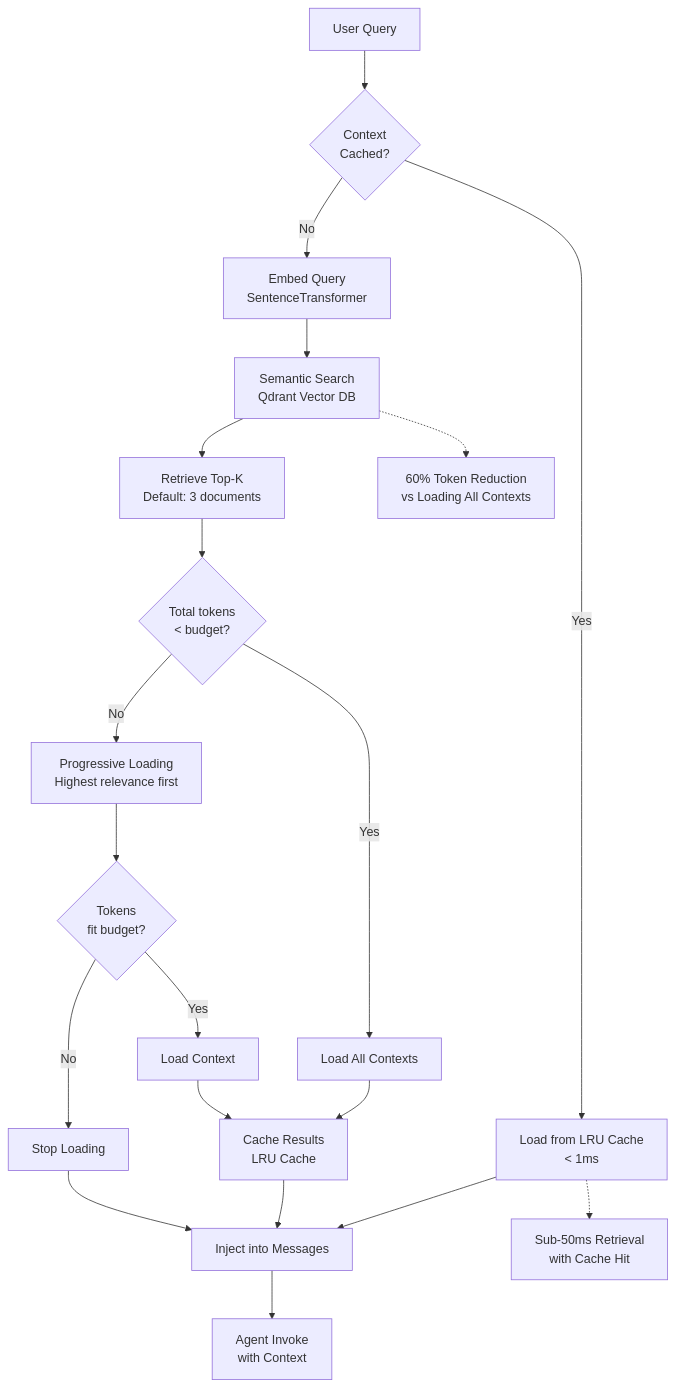
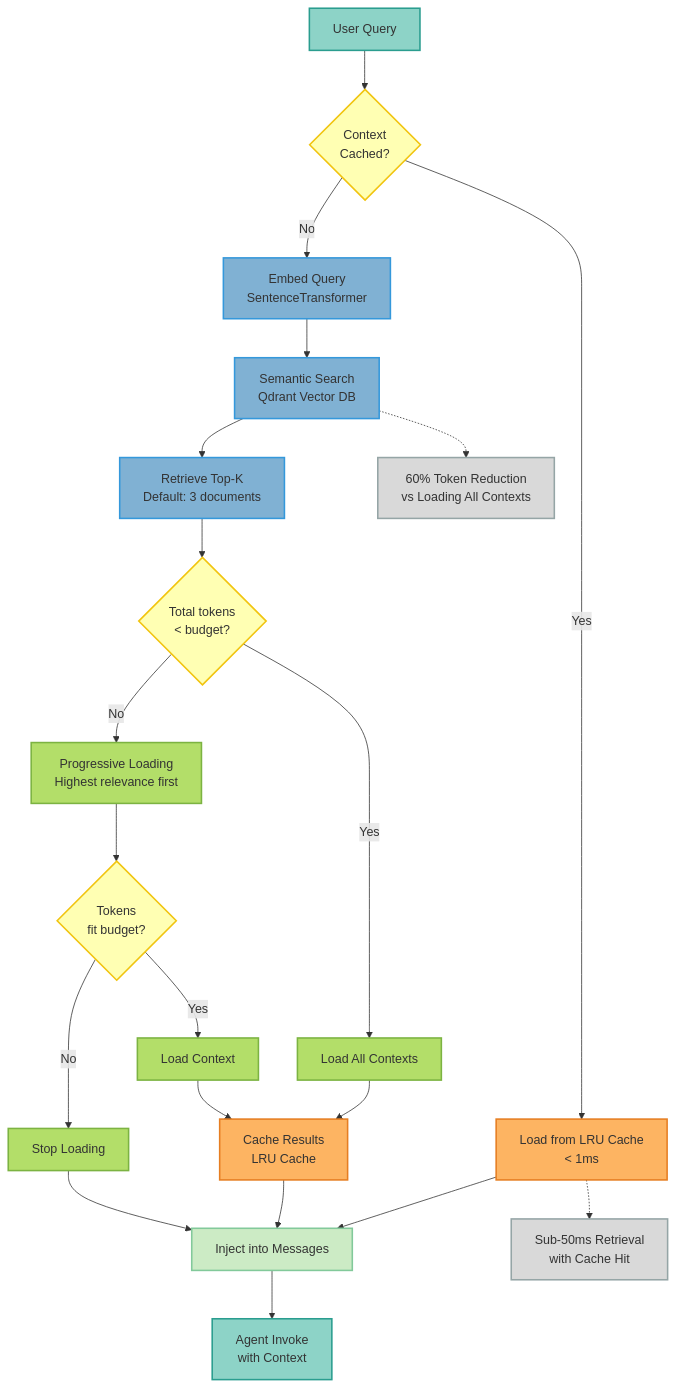
Before and after one commit to vishnu2kmohan/mcp-server-langgraph: the seventh of 10 diagrams in docs/diagrams/system-architecture.mdx, drawn with Mermaid. The commit also changed other lines of this file, not shown here.

First line of the commit message:
docs: add ColorBrewer2 Set3 palette styling to 8 system architecture diagrams

````diff
--- a/docs/diagrams/system-architecture.mdx
+++ b/docs/diagrams/system-architecture.mdx
@@ -389,34 +437,51 @@
 ```mermaid
 flowchart TD
     UserQuery[User Query] --> CheckCache{Context<br/>Cached?}
 
     CheckCache -->|Yes| LoadCache[Load from LRU Cache<br/>< 1ms]
     CheckCache -->|No| Embed[Embed Query<br/>SentenceTransformer]
 
     Embed --> Search[Semantic Search<br/>Qdrant Vector DB]
     Search --> TopK[Retrieve Top-K<br/>Default: 3 documents]
 
     TopK --> TokenCheck{Total tokens<br/>< budget?}
 
     TokenCheck -->|Yes| LoadAll[Load All Contexts]
     TokenCheck -->|No| Progressive[Progressive Loading<br/>Highest relevance first]
 
     Progressive --> TokenFit{Tokens<br/>fit budget?}
     TokenFit -->|Yes| LoadContext[Load Context]
     TokenFit -->|No| StopLoading[Stop Loading]
 
     LoadAll --> CacheResults[Cache Results<br/>LRU Cache]
     LoadContext --> CacheResults
     LoadCache --> InjectMsg[Inject into Messages]
     CacheResults --> InjectMsg
     StopLoading --> InjectMsg
 
     InjectMsg --> AgentInvoke[Agent Invoke<br/>with Context]
 
     %% Annotations
     Note1[60% Token Reduction<br/>vs Loading All Contexts]
     Note2[Sub-50ms Retrieval<br/>with Cache Hit]
 
     Search -.-> Note1
     LoadCache -.-> Note2
+
+    %% ColorBrewer2 Set3 palette - each component type uniquely colored
+    classDef startEndStyle fill:#8dd3c7,stroke:#2a9d8f,stroke-width:2px,color:#333
+    classDef decisionStyle fill:#ffffb3,stroke:#f1c40f,stroke-width:2px,color:#333
+    classDef cacheStyle fill:#fdb462,stroke:#e67e22,stroke-width:2px,color:#333
+    classDef searchStyle fill:#80b1d3,stroke:#3498db,stroke-width:2px,color:#333
+    classDef loadStyle fill:#b3de69,stroke:#7cb342,stroke-width:2px,color:#333
+    classDef contextStyle fill:#ccebc5,stroke:#82c99a,stroke-width:2px,color:#333
+    classDef noteStyle fill:#d9d9d9,stroke:#95a5a6,stroke-width:2px,color:#333
+
+    class UserQuery,AgentInvoke startEndStyle
+    class CheckCache,TokenCheck,TokenFit decisionStyle
+    class LoadCache,CacheResults cacheStyle
+    class Search,TopK,Embed searchStyle
+    class LoadAll,Progressive,LoadContext,StopLoading loadStyle
+    class InjectMsg contextStyle
+    class Note1,Note2 noteStyle
 ```
````
